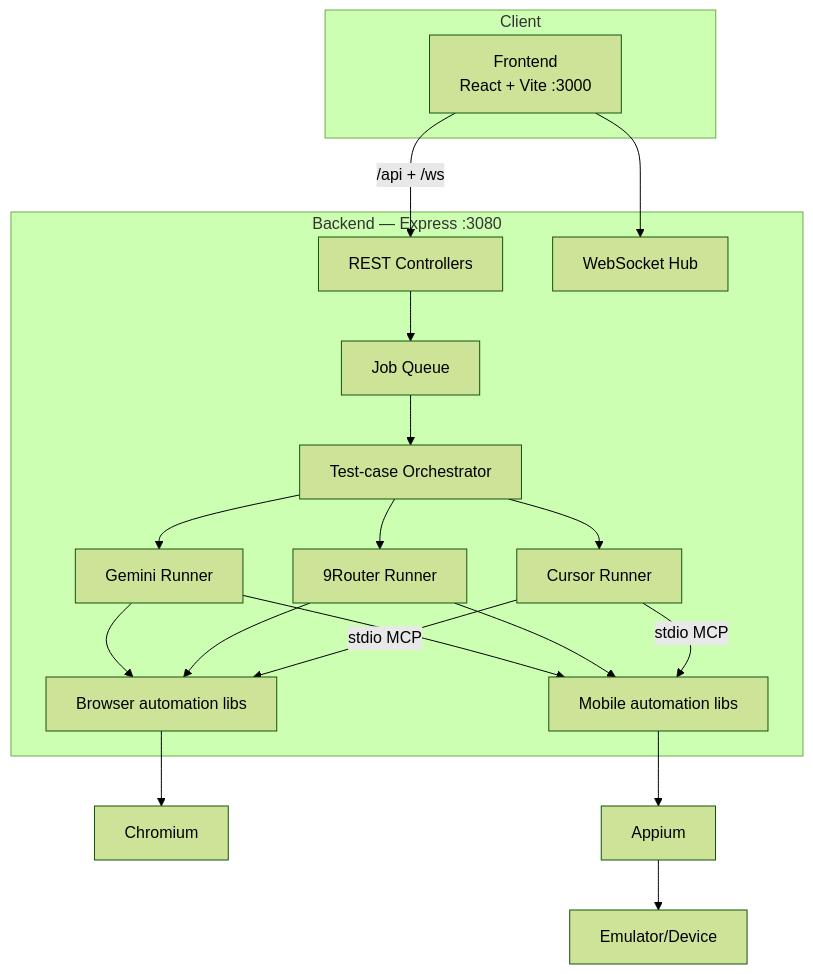
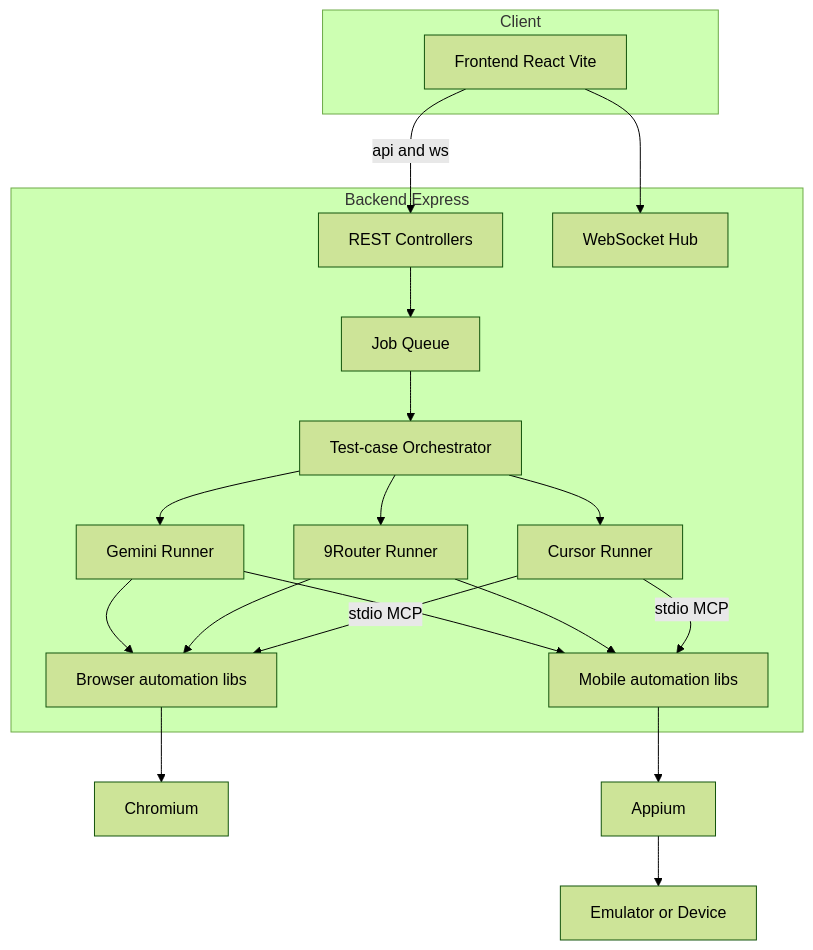
The diagram in docs/system.md (fikriknitto/knitto-agent-automation), drawn with Mermaid (forest theme) before and after one commit. The commit also changed other lines of this file and 17 other files, not shown here.

````diff
--- a/docs/system.md
+++ b/docs/system.md
@@ -47,30 +47,35 @@
 ```mermaid
 graph TB
     subgraph Client
-        FE["Frontend\nReact + Vite :3000"]
+        FE["Frontend React Vite"]
     end
 
-    subgraph Server["Backend — Express :3080"]
+    subgraph Server["Backend Express"]
         HTTP[REST Controllers]
         WS[WebSocket Hub]
         Queue[Job Queue]
         Orch[Test-case Orchestrator]
         G[Gemini Runner]
         C[Cursor Runner]
         N[9Router Runner]
         BM[Browser automation libs]
         MM[Mobile automation libs]
     end
 
-    FE -->|/api + /ws| HTTP
+    FE -->|api and ws| HTTP
     FE --> WS
     HTTP --> Queue
     Queue --> Orch
-    Orch --> G & C & N
-    G --> BM & MM
-    N --> BM & MM
-    C -->|stdio MCP| BM & MM
+    Orch --> G
+    Orch --> C
+    Orch --> N
+    G --> BM
+    G --> MM
+    N --> BM
+    N --> MM
+    C -->|stdio MCP| BM
+    C -->|stdio MCP| MM
     BM --> Chromium
     MM --> Appium
-    Appium --> Device[Emulator/Device]
+    Appium --> Device[Emulator or Device]
 ```
````
